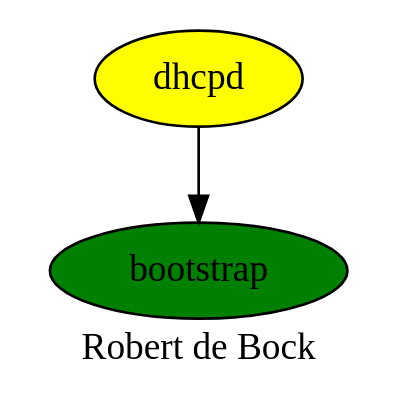
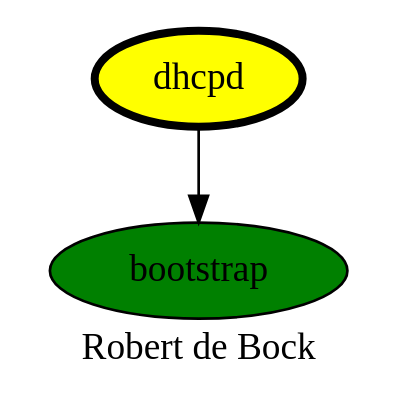
One commit to robertdebock/robertdebock.github.io changed the diagram in dhcpd.dot. Above: the diagram before and after it, drawn with Graphviz. The commit also changed 24 other files, not shown here.

```diff
--- a/dhcpd.dot
+++ b/dhcpd.dot
@@ -1,9 +1,9 @@
 digraph PhiloDilemma {
   label = "Robert de Bock" ;
   overlap=false
   {
     bootstrap [fillcolor=green style=filled]
-    dhcpd [fillcolor=yellow style=filled]
+    dhcpd [fillcolor=yellow style=filled penwidth=3]
   }
   dhcpd -> bootstrap
 }
```
